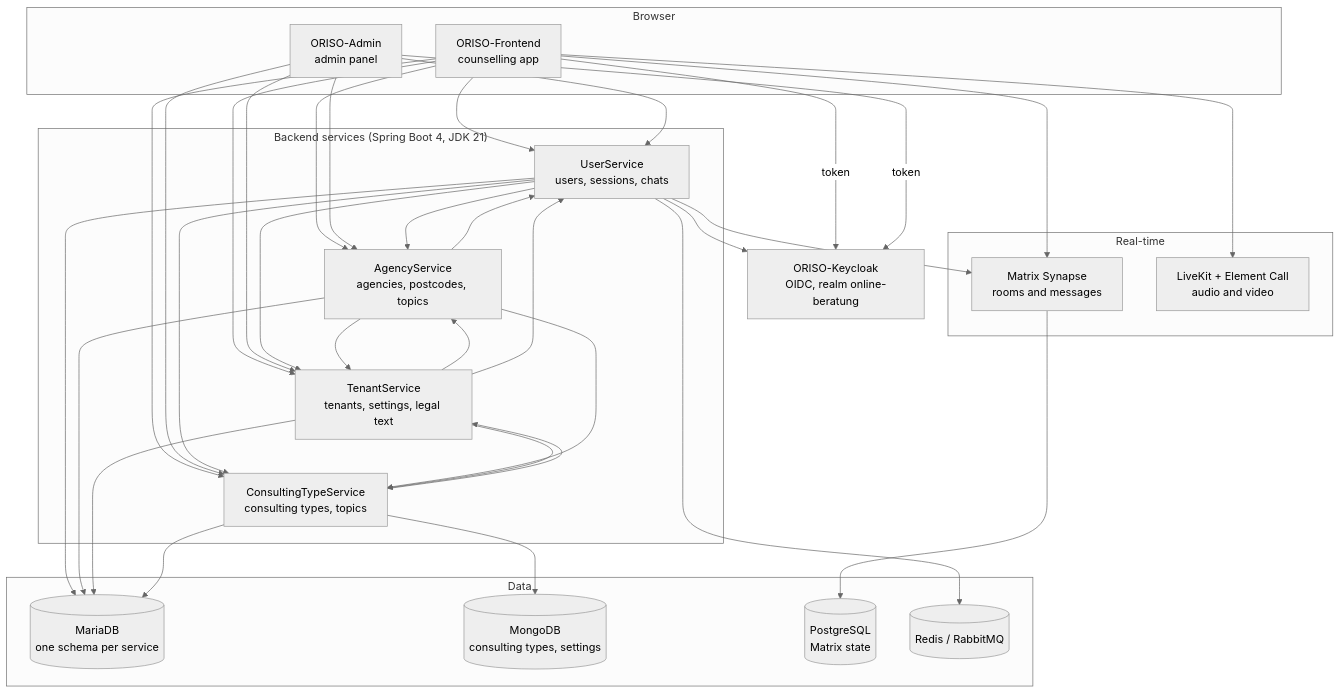
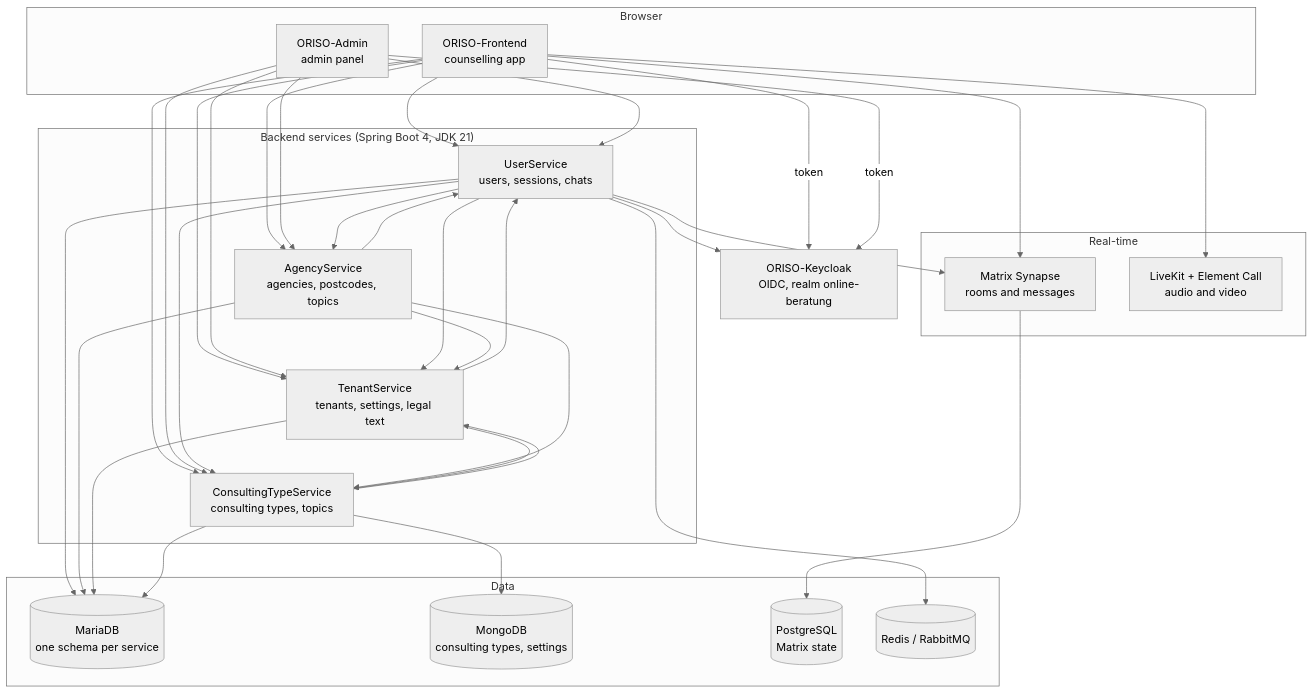
Before and after one commit to OpenResilienceInitiative/ORISO-Docs: the diagram in docs/platform/architecture.md, drawn with Mermaid (neutral theme). The commit also changed 12 other files, not shown here.

Commit message:
docs(platform): fix the dev-script line link, drop the unproven TenantService->AgencyService edge, mark all archived graph pages

````diff
--- a/docs/platform/architecture.md
+++ b/docs/platform/architecture.md
@@ -20,63 +20,62 @@
 ```mermaid
 flowchart TB
   subgraph BROWSER["Browser"]
     FE["ORISO-Frontend<br/>counselling app"]
     AD["ORISO-Admin<br/>admin panel"]
   end
 
   KC["ORISO-Keycloak<br/>OIDC, realm online-beratung"]
 
   subgraph API["Backend services (Spring Boot 4, JDK 21)"]
     US["UserService<br/>users, sessions, chats"]
     AG["AgencyService<br/>agencies, postcodes, topics"]
     TS["TenantService<br/>tenants, settings, legal text"]
     CT["ConsultingTypeService<br/>consulting types, topics"]
   end
 
   subgraph RT["Real-time"]
     MX["Matrix Synapse<br/>rooms and messages"]
     LK["LiveKit + Element Call<br/>audio and video"]
   end
 
   subgraph DATA["Data"]
     MDB[("MariaDB<br/>one schema per service")]
     MGO[("MongoDB<br/>consulting types, settings")]
     PG[("PostgreSQL<br/>Matrix state")]
     RQ[("Redis / RabbitMQ")]
   end
 
   FE -->|"token"| KC
   AD -->|"token"| KC
   FE --> US
   FE --> AG
   FE --> TS
   FE --> CT
   AD --> US
   AD --> AG
   AD --> TS
   AD --> CT
 
   US --> AG
   US --> CT
   US --> TS
   US --> KC
   AG --> TS
   AG --> CT
   AG --> US
-  TS --> AG
   TS --> CT
   TS --> US
   CT --> TS
 
   FE --> MX
   FE --> LK
   US --> MX
 
   US --> MDB
   AG --> MDB
   TS --> MDB
   CT --> MDB
   CT --> MGO
   MX --> PG
   US --> RQ
 ```
````
